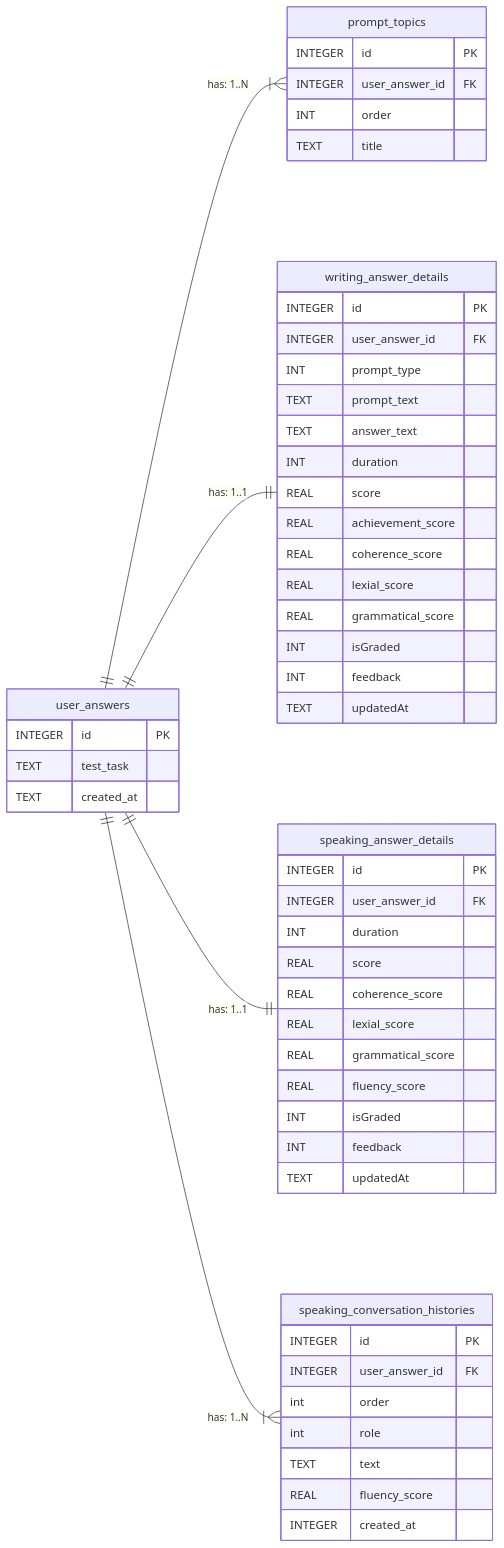
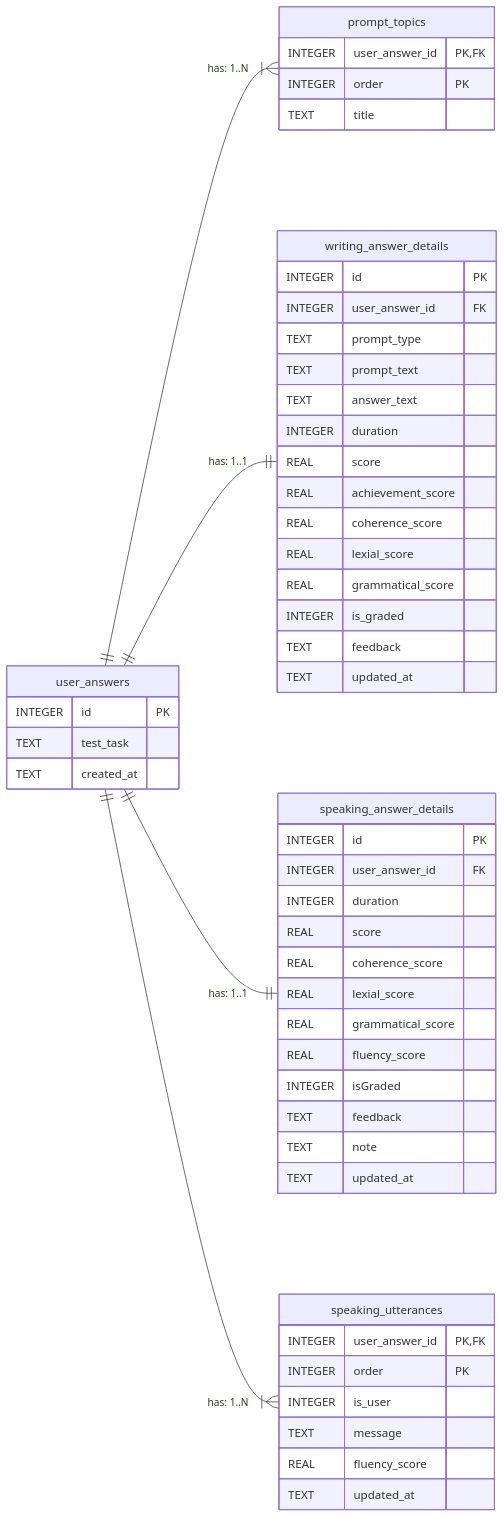
The diagram in docs/er-diagram.md (hirokd0627/ielts_ai_trainer), drawn with Mermaid before and after one commit. The commit also changed 58 other files, not shown here.

Commit message:
Add answer input screens in Speaking Part, and refactor code (#21)

````diff
--- a/docs/er-diagram.md
+++ b/docs/er-diagram.md
@@ -3,62 +3,61 @@
 ```mermaid
 erDiagram
     direction LR
     user_answers ||--|{ prompt_topics : "has: 1..N"
     user_answers ||--|| writing_answer_details : "has: 1..1"
     user_answers ||--|| speaking_answer_details : "has: 1..1"
-    user_answers ||--|{ speaking_conversation_histories : "has: 1..N"
+    user_answers ||--|{ speaking_utterances : "has: 1..N"
 
     user_answers {
         INTEGER id PK
         TEXT test_task
         TEXT created_at
     }
 
     prompt_topics {
-        INTEGER id PK
-        INTEGER user_answer_id FK
-        INT order
+        INTEGER user_answer_id PK,FK
+        INTEGER order PK
         TEXT title 
     }
 
     writing_answer_details {
         INTEGER id PK
         INTEGER user_answer_id FK
-        INT prompt_type
+        TEXT prompt_type
         TEXT prompt_text
         TEXT answer_text
-        INT duration
+        INTEGER duration
         REAL score
         REAL achievement_score
         REAL coherence_score
         REAL lexial_score
         REAL grammatical_score
-        INT isGraded
-        INT feedback
-        TEXT updatedAt
+        INTEGER is_graded
+        TEXT feedback
+        TEXT updated_at
     }
 
     speaking_answer_details {
         INTEGER id PK
         INTEGER user_answer_id FK
-        INT duration
+        INTEGER duration
         REAL score
         REAL coherence_score
         REAL lexial_score
         REAL grammatical_score
         REAL fluency_score
-        INT isGraded
-        INT feedback
-        TEXT updatedAt
+        INTEGER isGraded
+        TEXT feedback
+        TEXT note
+        TEXT updated_at
     }
 
-    speaking_conversation_histories {
-        INTEGER id PK
-        INTEGER user_answer_id FK
-        int order
-        int role
-        TEXT text
+    speaking_utterances {
+        INTEGER user_answer_id PK,FK
+        INTEGER order PK
+        INTEGER is_user
+        TEXT message
         REAL fluency_score
-        INTEGER created_at
+        TEXT updated_at
     }
 ```
````
